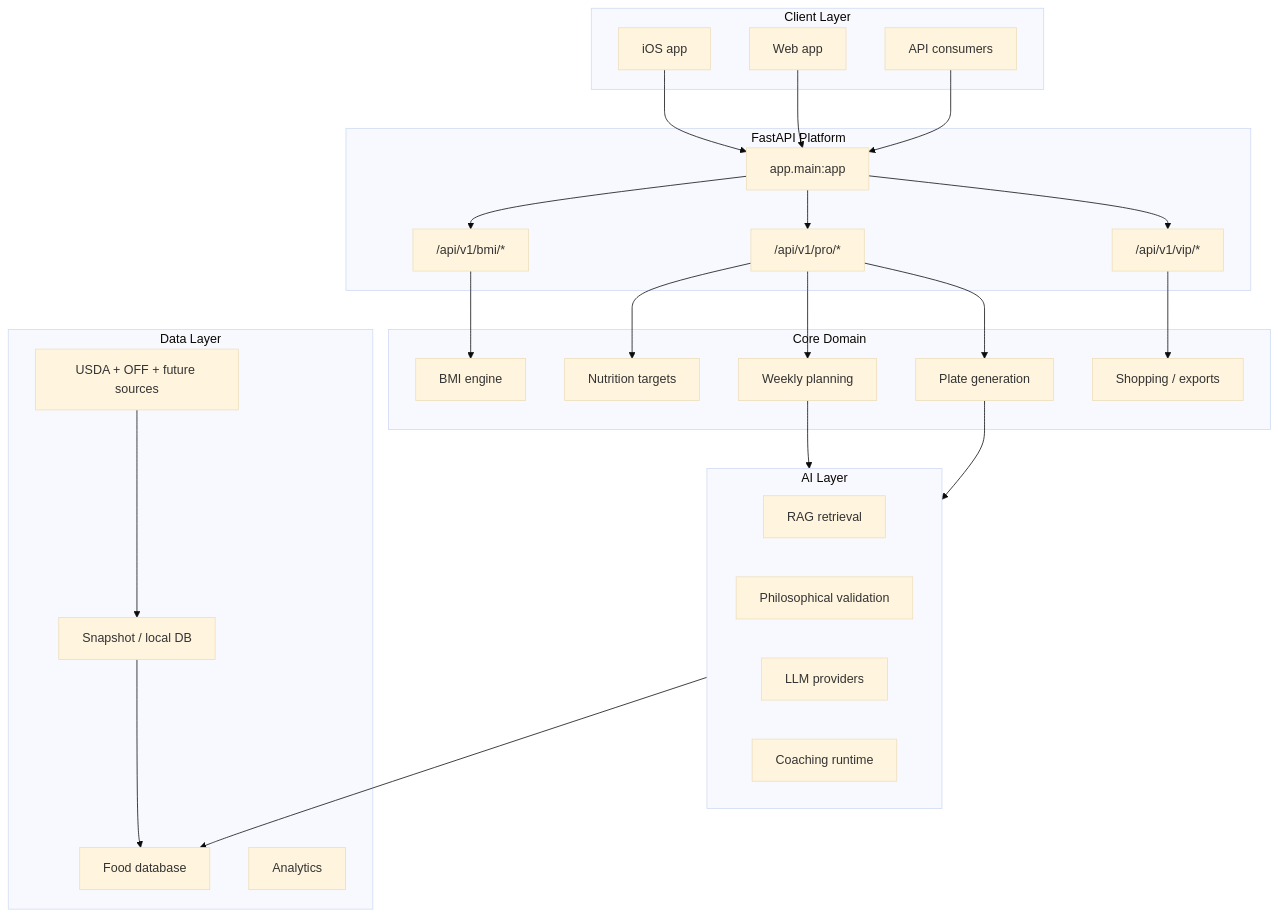
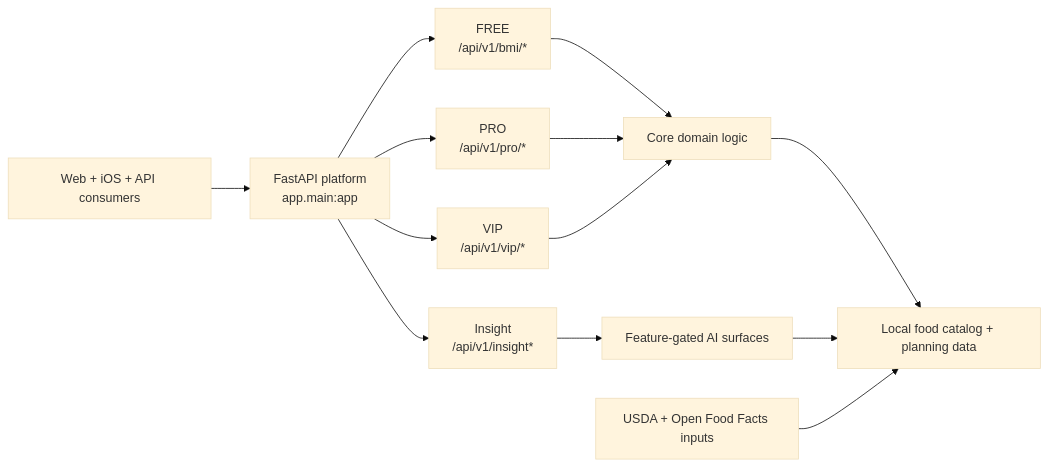
The diagram in README_V2_PUBLIC_DRAFT.md (Katsiarynakavaleuskaya/PulsePlate), drawn with Mermaid (base theme) before and after one commit. The commit also changed other lines of this file, not shown here.

````diff
--- a/README_V2_PUBLIC_DRAFT.md
+++ b/README_V2_PUBLIC_DRAFT.md
@@ -126,59 +196,18 @@
 ```mermaid
-flowchart TB
+flowchart LR
+    CLIENTS["Web + iOS + API consumers"] --> APP["FastAPI platform<br/>app.main:app"]
 
-    subgraph CLIENTS["Client Layer"]
-        IOS["iOS app"]
-        WEB["Web app"]
-        EXT["API consumers"]
-    end
+    APP --> FREE["FREE<br/>/api/v1/bmi/*"]
+    APP --> PRO["PRO<br/>/api/v1/pro/*"]
+    APP --> VIP["VIP<br/>/api/v1/vip/*"]
+    APP --> INSIGHT["Insight<br/>/api/v1/insight*"]
 
-    subgraph API["FastAPI Platform"]
-        APP["app.main:app"]
-        BMI["/api/v1/bmi/*"]
-        PRO["/api/v1/pro/*"]
-        VIP["/api/v1/vip/*"]
-    end
+    FREE --> DOMAIN["Core domain logic"]
+    PRO --> DOMAIN
+    VIP --> DOMAIN
+    INSIGHT --> AI["Feature-gated AI surfaces"]
 
-    subgraph DOMAIN["Core Domain"]
-        BMIE["BMI engine"]
-        TARGETS["Nutrition targets"]
-        PLATE["Plate generation"]
-        WEEK["Weekly planning"]
-        SHOP["Shopping / exports"]
-    end
-
-    subgraph AI["AI Layer"]
-        RAG["RAG retrieval"]
-        PHILO["Philosophical validation"]
-        LLM["LLM providers"]
-        COACH["Coaching runtime"]
-    end
-
-    subgraph DATA["Data Layer"]
-        FOOD["Food database"]
-        SOURCES["USDA + OFF + future sources"]
-        SNAP["Snapshot / local DB"]
-        ANALYTICS["Analytics"]
-    end
-
-    IOS --> APP
-    WEB --> APP
-    EXT --> APP
-
-    APP --> BMI
-    APP --> PRO
-    APP --> VIP
-
-    BMI --> BMIE
-    PRO --> TARGETS
-    PRO --> PLATE
-    PRO --> WEEK
-    VIP --> SHOP
-
-    WEEK --> AI
-    PLATE --> AI
-
-    AI --> FOOD
-    SOURCES --> SNAP
-    SNAP --> FOOD
+    DOMAIN --> DATA["Local food catalog + planning data"]
+    AI --> DATA
+    SOURCES["USDA + Open Food Facts inputs"] --> DATA
 ```
````
